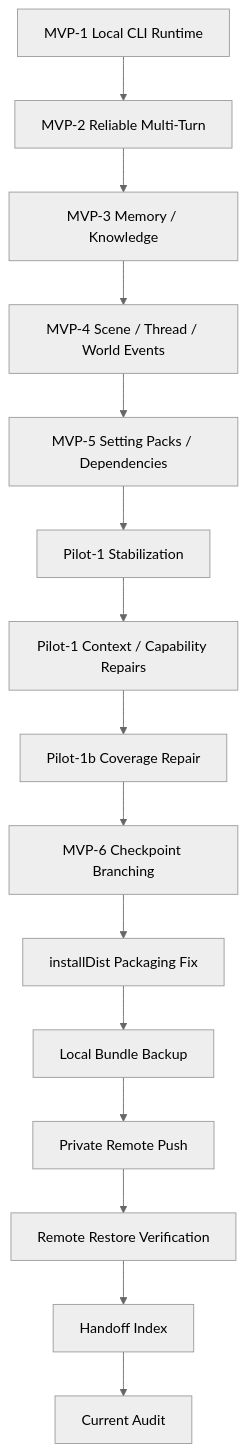
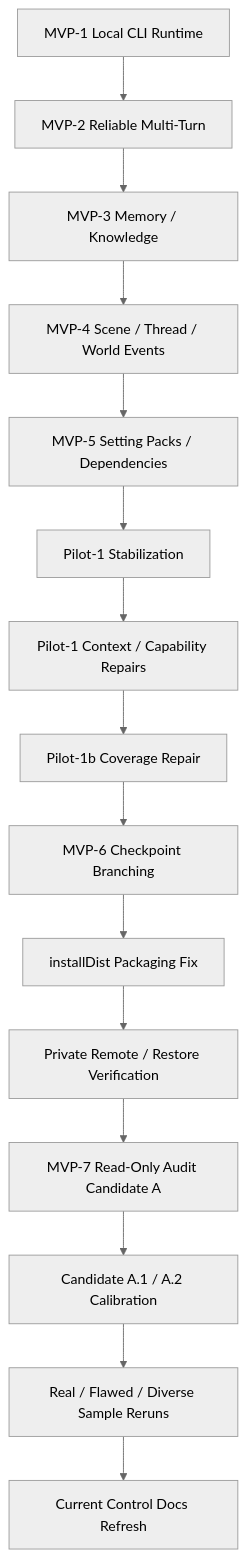
One commit to z72124223/ai-novel-engine changed the diagram in docs/PROJECT_COMPLETION_AUDIT.md. Above: the diagram before and after it, drawn with Mermaid (neutral theme). The commit also changed other lines of this file and 3 other files, not shown here.

Commit message:
docs: refresh handoff after MVP-7 audit milestones

````diff
--- a/docs/PROJECT_COMPLETION_AUDIT.md
+++ b/docs/PROJECT_COMPLETION_AUDIT.md
@@ -26,17 +25,17 @@
 ```mermaid
 flowchart TD
   A["MVP-1 Local CLI Runtime"] --> B["MVP-2 Reliable Multi-Turn"]
   B --> C["MVP-3 Memory / Knowledge"]
   C --> D["MVP-4 Scene / Thread / World Events"]
   D --> E["MVP-5 Setting Packs / Dependencies"]
   E --> F["Pilot-1 Stabilization"]
   F --> G["Pilot-1 Context / Capability Repairs"]
   G --> H["Pilot-1b Coverage Repair"]
   H --> I["MVP-6 Checkpoint Branching"]
   I --> J["installDist Packaging Fix"]
-  J --> K["Local Bundle Backup"]
-  K --> L["Private Remote Push"]
-  L --> M["Remote Restore Verification"]
-  M --> N["Handoff Index"]
-  N --> O["Current Audit"]
+  J --> K["Private Remote / Restore Verification"]
+  K --> L["MVP-7 Read-Only Audit Candidate A"]
+  L --> M["Candidate A.1 / A.2 Calibration"]
+  M --> N["Real / Flawed / Diverse Sample Reruns"]
+  N --> O["Current Control Docs Refresh"]
 ```
````
